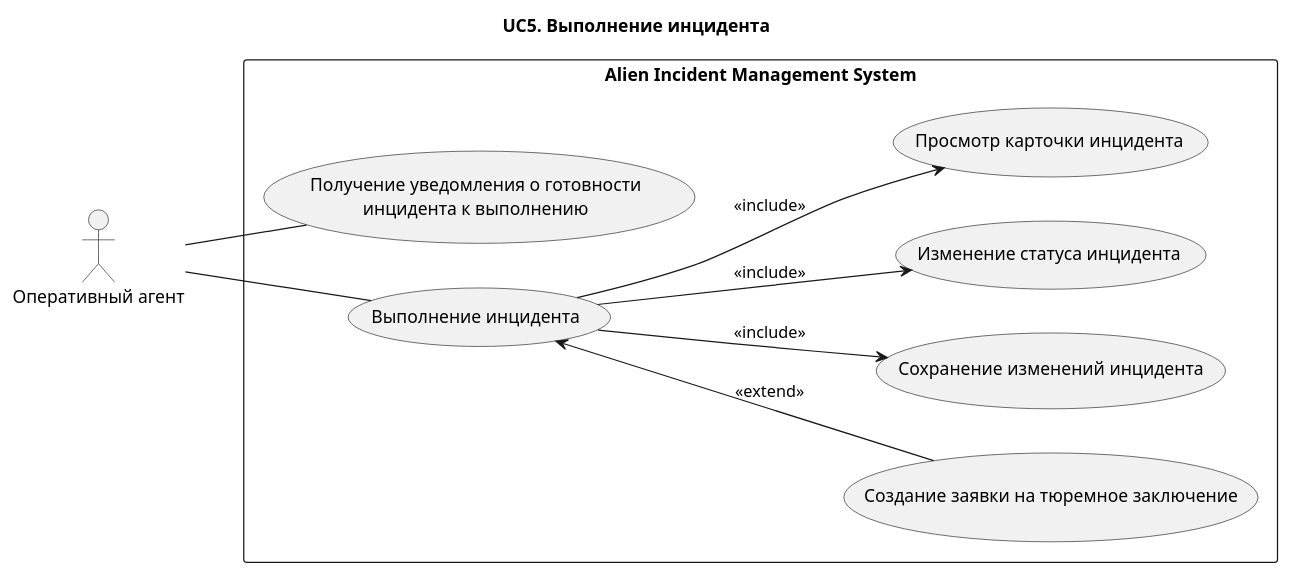
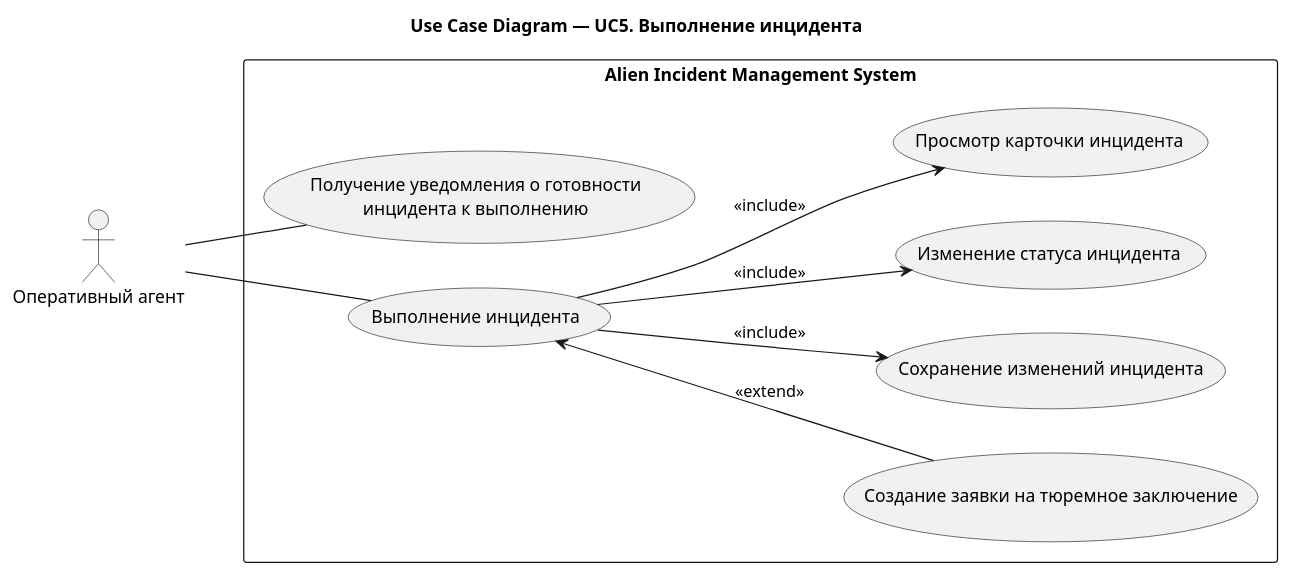
Before and after one commit to Andryss/AIMS: the diagram in docs/use-case/UC5.md, drawn with PlantUML. The commit also changed 31 other files, not shown here.

````diff
--- a/docs/use-case/UC5.md
+++ b/docs/use-case/UC5.md
@@ -5,31 +5,31 @@
 ```plantuml
 @startuml
-title UC5. Выполнение инцидента
+title Use Case Diagram — UC5. Выполнение инцидента
 left to right direction
 
 actor "Оперативный агент" as Agent
 
 rectangle "Alien Incident Management System" {
 
 (Получение уведомления о готовности\nинцидента к выполнению) as UC01
 
 (Выполнение инцидента) as UC11
 
 (Создание заявки на тюремное заключение) as UC115
 (Сохранение изменений инцидента) as UC114
 (Изменение статуса инцидента) as UC113
 (Просмотр карточки инцидента) as UC111
 
 }
 
 Agent -- UC01
 
 Agent -- UC11
 
 UC11 --> UC111 : <<include>>
 UC11 --> UC113 : <<include>>
 UC11 --> UC114 : <<include>>
 UC11 <-- UC115 : <<extend>>
 
 @enduml
 ```
````
